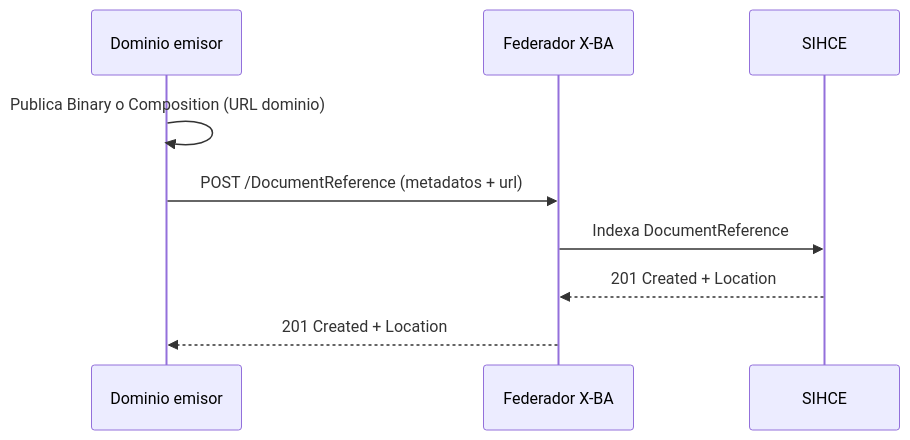
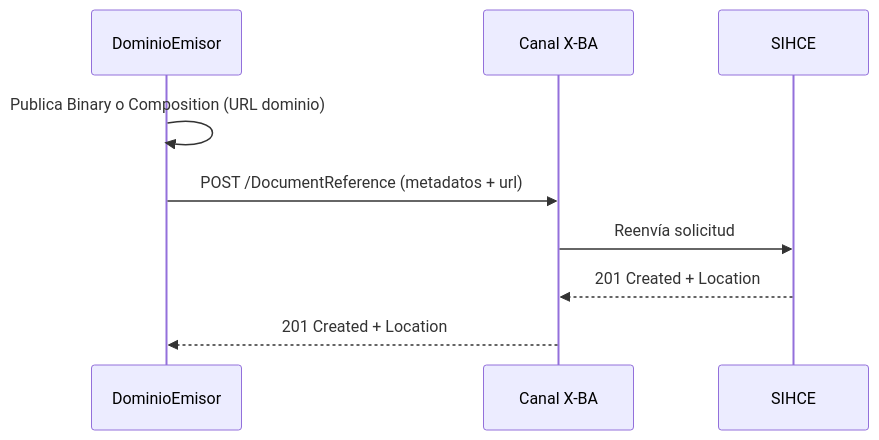
The sixth of 9 diagrams in input/pagecontent/CasosDeUso.md (HL7-AR/sihce-ig), drawn with Mermaid before and after one commit. The commit also changed other lines of this file and 966 other files, not shown here.

````diff
--- a/input/pagecontent/CasosDeUso.md
+++ b/input/pagecontent/CasosDeUso.md
@@ -79,11 +98,11 @@
 ```mermaid
 sequenceDiagram
-  participant D as Dominio emisor
-  participant X as Federador X-BA
+  participant D as DominioEmisor
+  participant X as Canal X-BA
   participant S as SIHCE
   D->>D: Publica Binary o Composition (URL dominio)
   D->>X: POST /DocumentReference (metadatos + url)
-  X->>S: Indexa DocumentReference
+  X->>S: Reenvía solicitud
   S-->>X: 201 Created + Location
   X-->>D: 201 Created + Location
 ```
````
